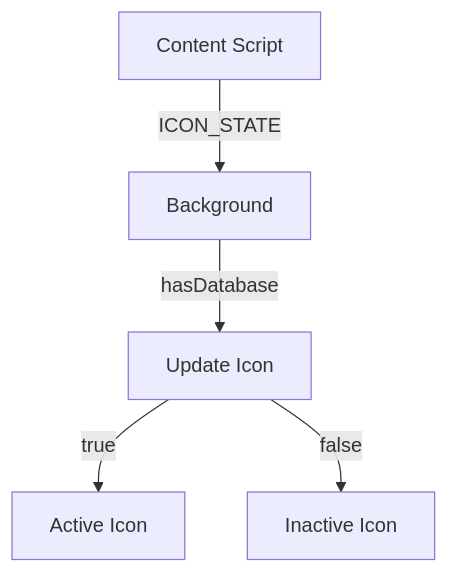
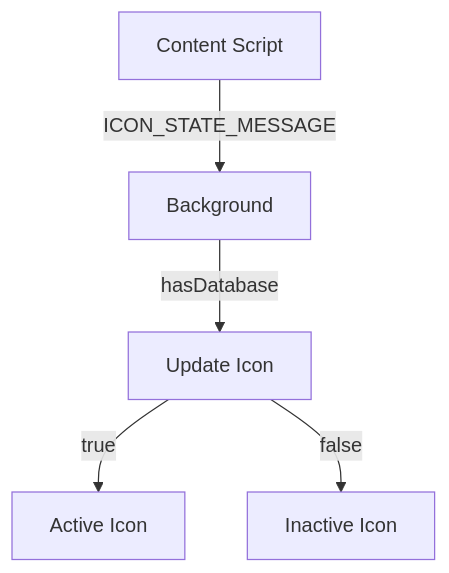
One commit to wuchuheng/web-sqlite-js-devtools changed the first of 2 diagrams in agent-docs/05-design/03-modules/background-service.md. Above: the diagram before and after it, drawn with Mermaid. The commit also changed other lines of this file and 33 other files, not shown here.

````diff
--- a/agent-docs/05-design/03-modules/background-service.md
+++ b/agent-docs/05-design/03-modules/background-service.md
@@ -59,7 +41,7 @@
 ```mermaid
 flowchart TD
-    CS[Content Script] -->|ICON_STATE| BG[Background]
+    CS[Content Script] -->|ICON_STATE_MESSAGE| BG[Background]
     BG -->|hasDatabase| UI[Update Icon]
     UI -->|true| Active[Active Icon]
     UI -->|false| Inactive[Inactive Icon]
 ```
````
